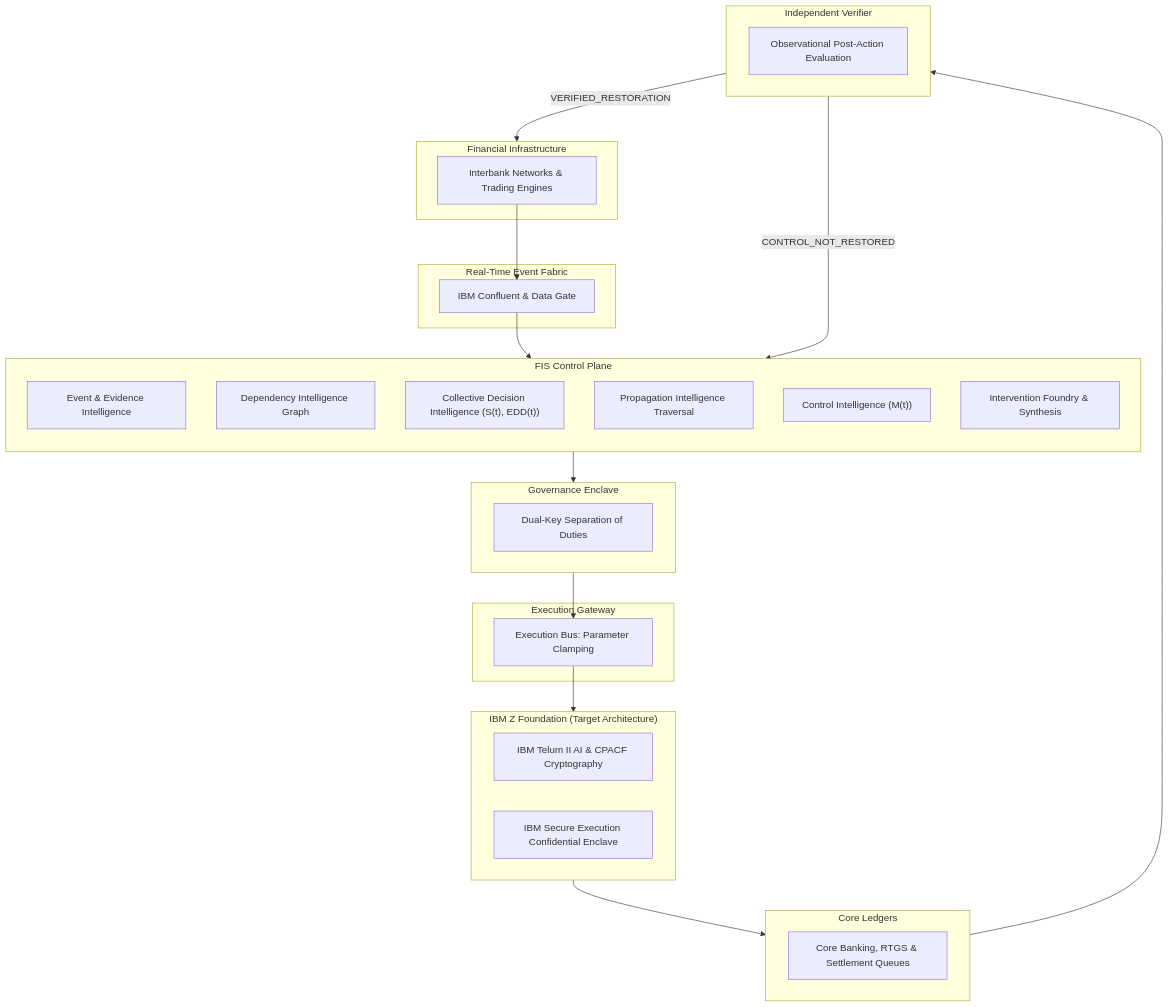
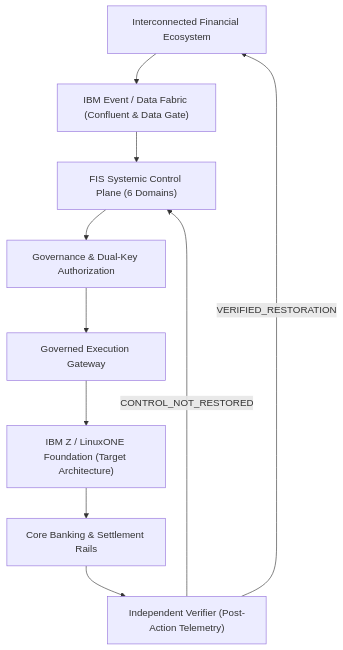
The second of 2 diagrams in README.md (inesh-2384/datathonproject), drawn with Mermaid before and after one commit. The commit also changed other lines of this file, not shown here.

Commit message:
docs(readme): finalize IBM Z Datathon README

````diff
--- a/README.md
+++ b/README.md
@@ -100,51 +155,12 @@
 ```mermaid
 graph TD
-    subgraph Ecosystem ["Financial Infrastructure"]
-        Mkt["Interbank Networks & Trading Engines"]
-    end
-
-    subgraph DataFabric ["Real-Time Event Fabric"]
-        Fabric["IBM Confluent & Data Gate"]
-    end
-
-    subgraph ControlPlane ["FIS Control Plane"]
-        direction TB
-        E1["Event & Evidence Intelligence"]
-        E2["Dependency Intelligence Graph"]
-        E3["Collective Decision Intelligence (S(t), EDD(t))"]
-        E4["Propagation Intelligence Traversal"]
-        E5["Control Intelligence (M(t))"]
-        E6["Intervention Foundry & Synthesis"]
-    end
-
-    subgraph Governance ["Governance Enclave"]
-        Gov["Dual-Key Separation of Duties"]
-    end
-
-    subgraph Execution ["Execution Gateway"]
-        Exec["Execution Bus: Parameter Clamping"]
-    end
-
-    subgraph IBMZFoundation ["IBM Z Foundation (Target Architecture)"]
-        Telum["IBM Telum II AI & CPACF Cryptography"]
-        SecExec["IBM Secure Execution Confidential Enclave"]
-    end
-
-    subgraph CoreLedgers ["Core Ledgers"]
-        Core["Core Banking, RTGS & Settlement Queues"]
-    end
-
-    subgraph VerificationEnclave ["Independent Verifier"]
-        Indep["Observational Post-Action Evaluation"]
-    end
-
-    Mkt --> Fabric
-    Fabric --> ControlPlane
-    ControlPlane --> Governance
-    Governance --> Exec
-    Exec --> IBMZFoundation
-    IBMZFoundation --> CoreLedgers
-    CoreLedgers --> VerificationEnclave
-    VerificationEnclave -->|CONTROL_NOT_RESTORED| ControlPlane
-    VerificationEnclave -->|VERIFIED_RESTORATION| Ecosystem
+    Mkt["Interconnected Financial Ecosystem"] --> Fabric["IBM Event / Data Fabric (Confluent & Data Gate)"]
+    Fabric --> ControlPlane["FIS Systemic Control Plane (6 Domains)"]
+    ControlPlane --> Governance["Governance & Dual-Key Authorization"]
+    Governance --> Exec["Governed Execution Gateway"]
+    Exec --> Foundation["IBM Z / LinuxONE Foundation (Target Architecture)"]
+    Foundation --> Core["Core Banking & Settlement Rails"]
+    Core --> Verifier["Independent Verifier (Post-Action Telemetry)"]
+    Verifier -->|CONTROL_NOT_RESTORED| ControlPlane
+    Verifier -->|VERIFIED_RESTORATION| Mkt
 ```
````
